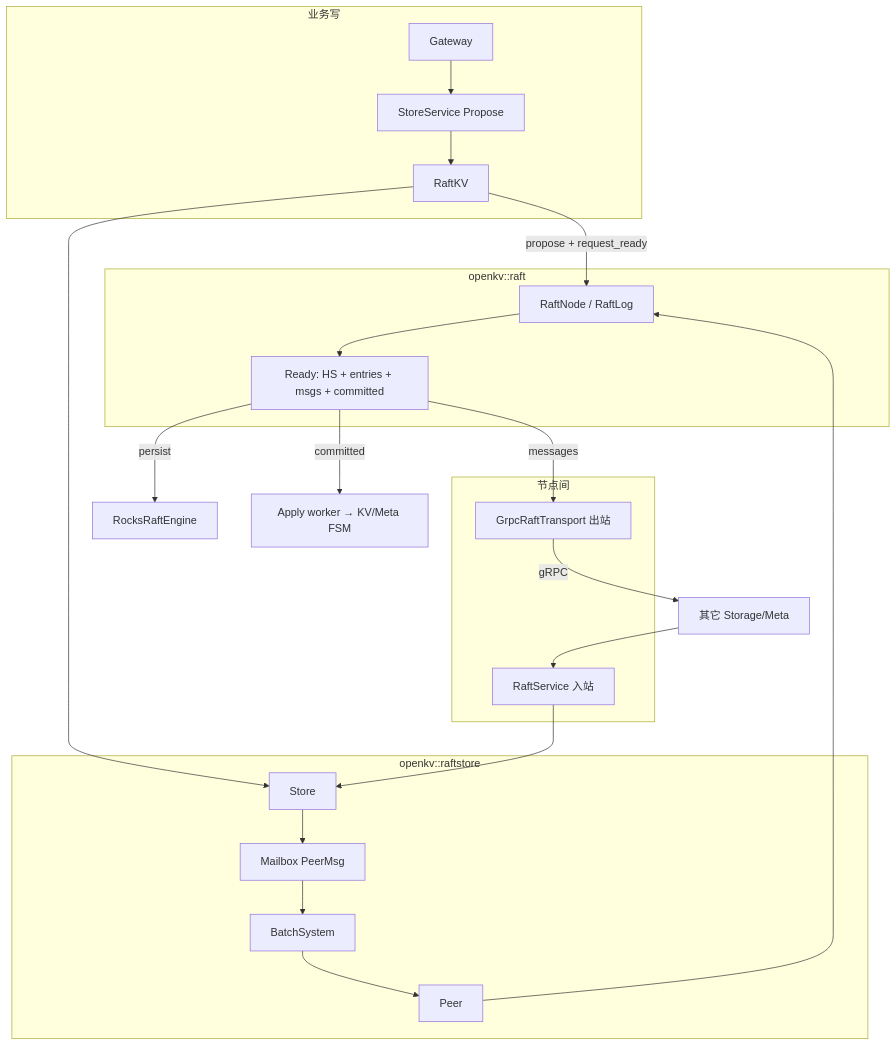
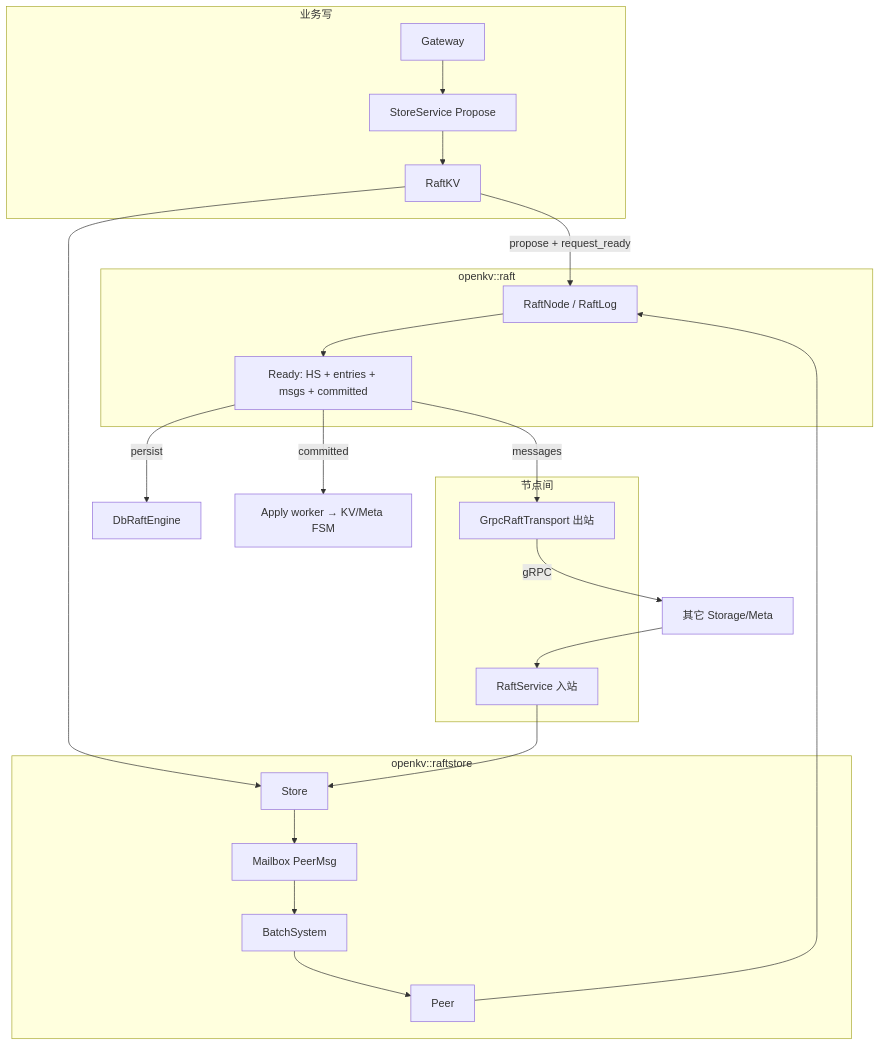
The second of 7 diagrams in docs/flows/06-raft-election-commit.md (devotionalist/openkv), drawn with Mermaid before and after one commit. The commit also changed other lines of this file and 56 other files, not shown here.

First line of the commit message:
Fold Raft persist into a reusable module with package layout.

````diff
--- a/docs/flows/06-raft-election-commit.md
+++ b/docs/flows/06-raft-election-commit.md
@@ -39,34 +39,34 @@
 ```mermaid
 flowchart TB
   subgraph client_path["业务写"]
     GW[Gateway] --> SS[StoreService Propose]
     SS --> RKV[RaftKV]
   end
 
   subgraph protocol["openkv::raft"]
     RN[RaftNode / RaftLog]
     RD["Ready: HS + entries + msgs + committed"]
   end
 
   subgraph store["openkv::raftstore"]
     ST[Store]
     MB[Mailbox PeerMsg]
     BS[BatchSystem]
     PE[Peer]
   end
 
   subgraph net["节点间"]
     GT[GrpcRaftTransport 出站]
     RS[RaftService 入站]
   end
 
   RKV -->|propose + request_ready| RN
   RKV --> ST
   ST --> MB --> BS --> PE --> RN
   RN --> RD
-  RD -->|persist| Eng[RocksRaftEngine]
+  RD -->|persist| Eng[DbRaftEngine]
   RD -->|messages| GT
   RD -->|committed| Apply[Apply worker → KV/Meta FSM]
   GT -->|gRPC| Peer2[其它 Storage/Meta]
   Peer2 --> RS --> ST
 ```
````
